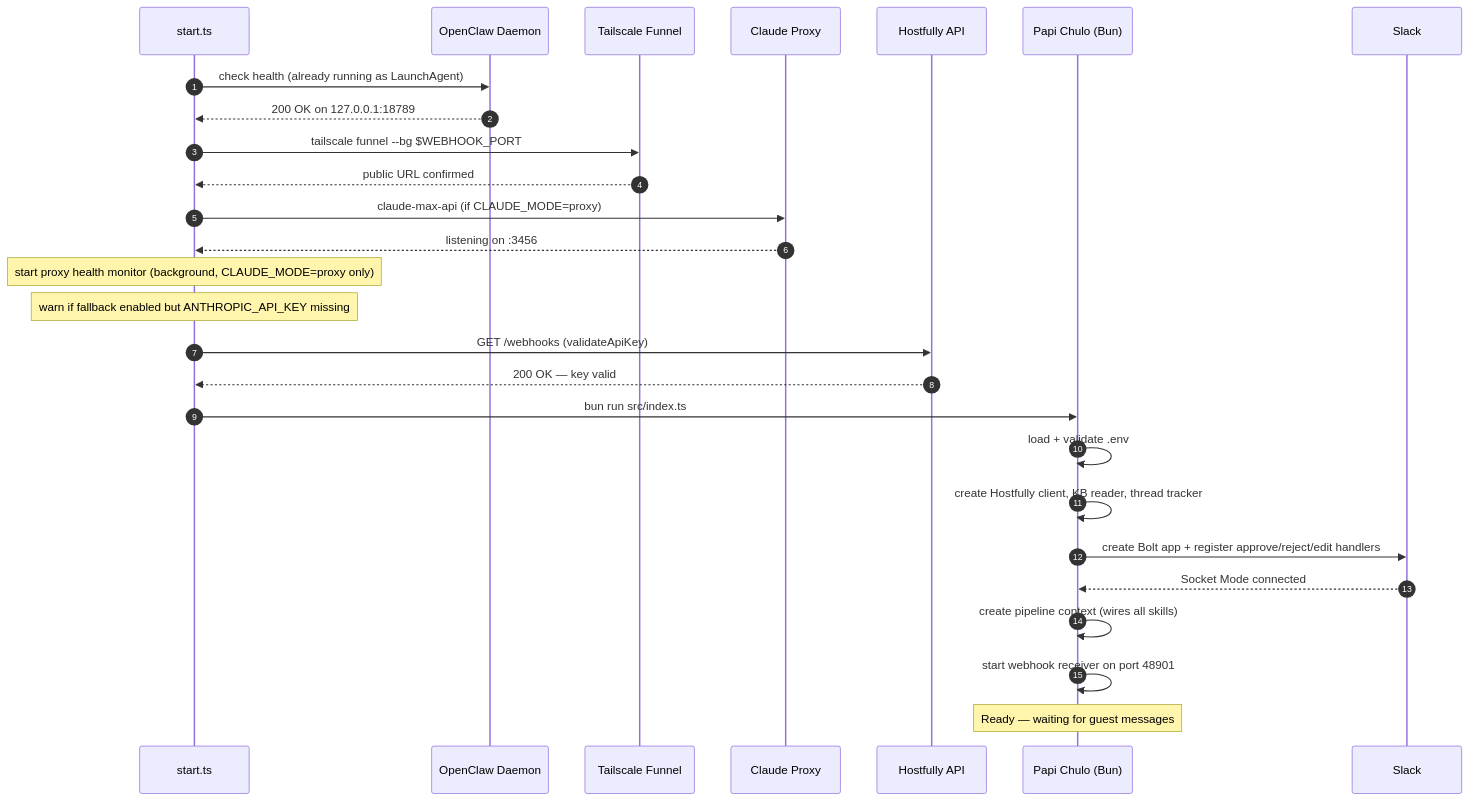
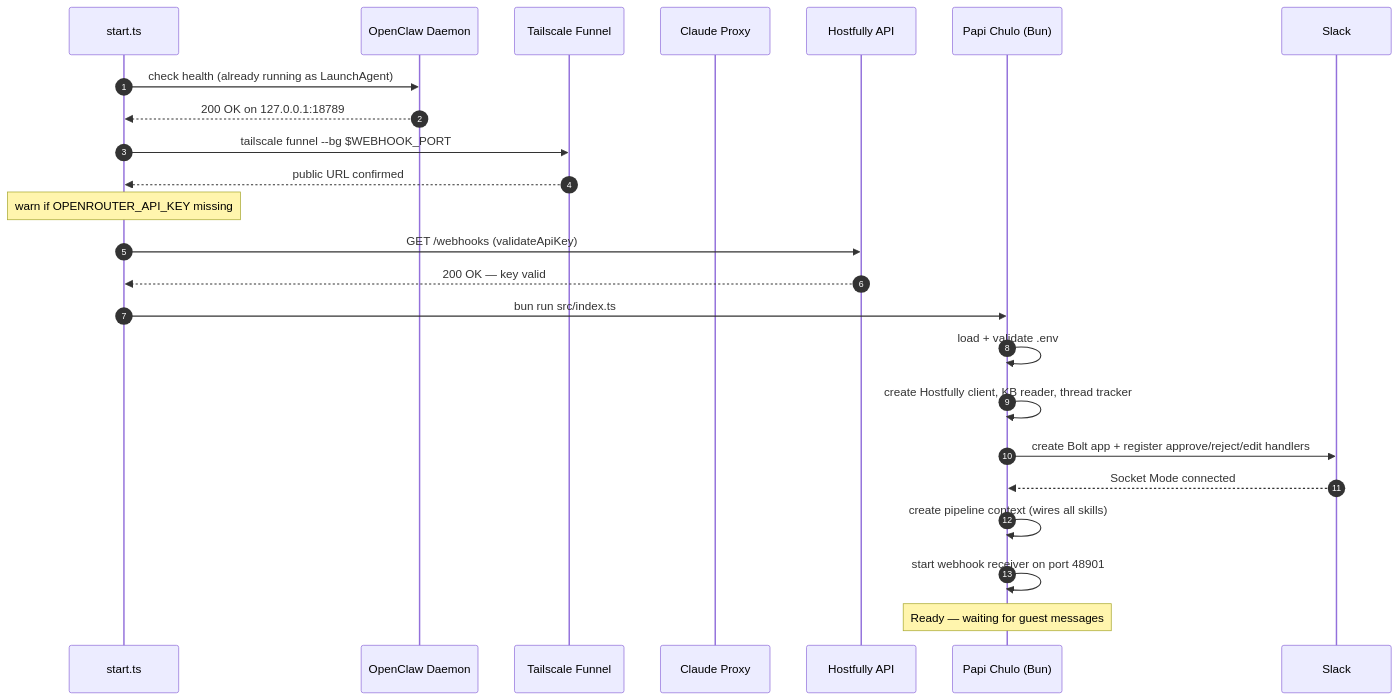
One commit to viiqswim/vlre-ai-employee changed the fourth of 11 diagrams in docs/2026-03-18-1312-architecture.md. Above: the diagram before and after it, drawn with Mermaid. The commit also changed other lines of this file and 4 other files, not shown here.

````diff
--- a/docs/2026-03-18-1312-architecture.md
+++ b/docs/2026-03-18-1312-architecture.md
@@ -212,30 +212,27 @@
 ```mermaid
 sequenceDiagram
     autonumber
     participant SH as start.ts
     participant OC as OpenClaw Daemon
     participant TF as Tailscale Funnel
     participant CP as Claude Proxy
     participant HF as Hostfully API
     participant PC as Papi Chulo (Bun)
     participant SL as Slack
 
     SH->>OC: check health (already running as LaunchAgent)
     OC-->>SH: 200 OK on 127.0.0.1:18789
     SH->>TF: tailscale funnel --bg $WEBHOOK_PORT
     TF-->>SH: public URL confirmed
-    SH->>CP: claude-max-api (if CLAUDE_MODE=proxy)
-    CP-->>SH: listening on :3456
-    Note over SH: start proxy health monitor (background, CLAUDE_MODE=proxy only)
-    Note over SH: warn if fallback enabled but ANTHROPIC_API_KEY missing
+    Note over SH: warn if OPENROUTER_API_KEY missing
     SH->>HF: GET /webhooks (validateApiKey)
     HF-->>SH: 200 OK — key valid
     SH->>PC: bun run src/index.ts
     PC->>PC: load + validate .env
     PC->>PC: create Hostfully client, KB reader, thread tracker
     PC->>SL: create Bolt app + register approve/reject/edit handlers
     SL-->>PC: Socket Mode connected
     PC->>PC: create pipeline context (wires all skills)
     PC->>PC: start webhook receiver on port 48901
     Note over PC: Ready — waiting for guest messages
 ```
````
